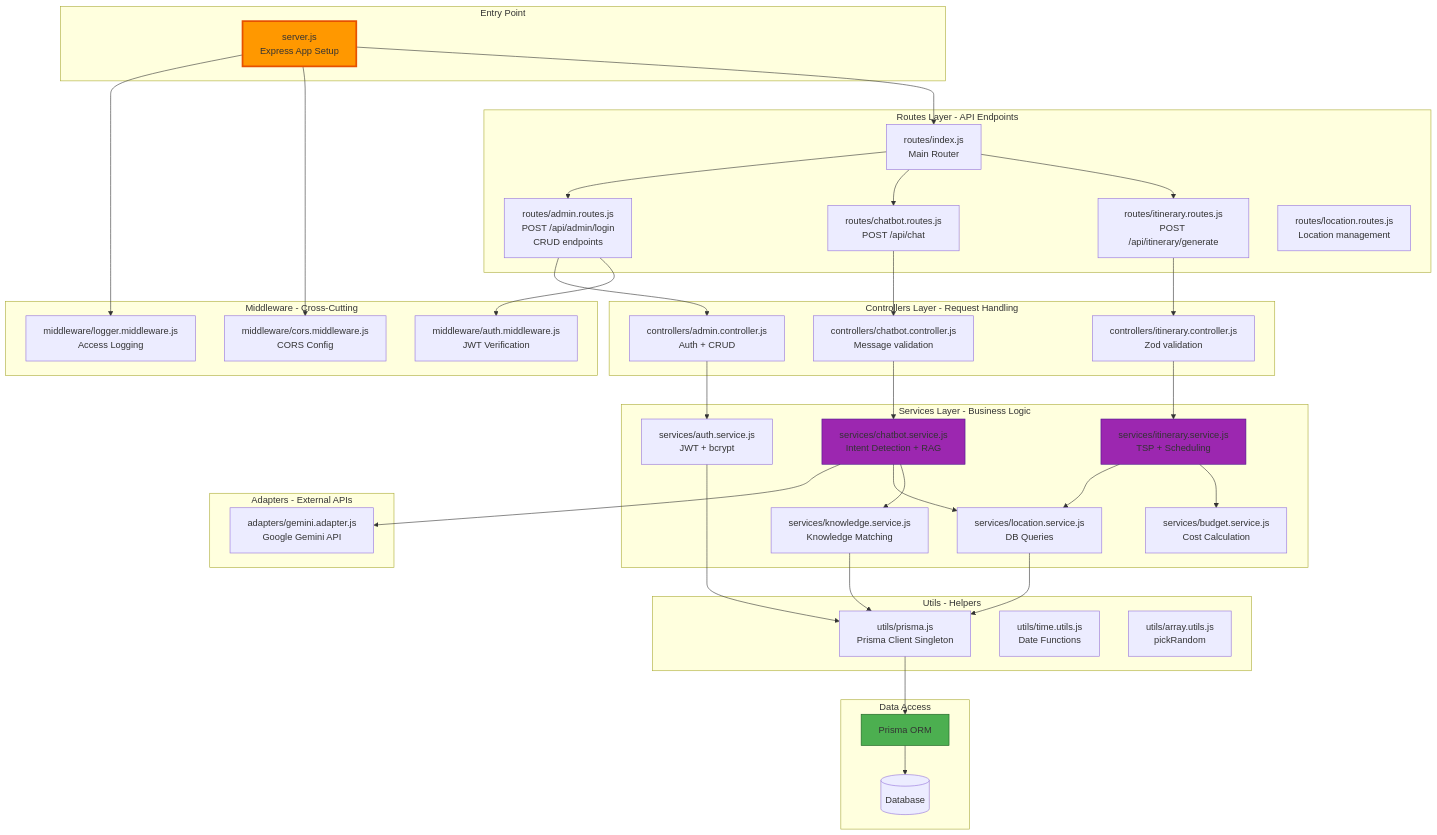
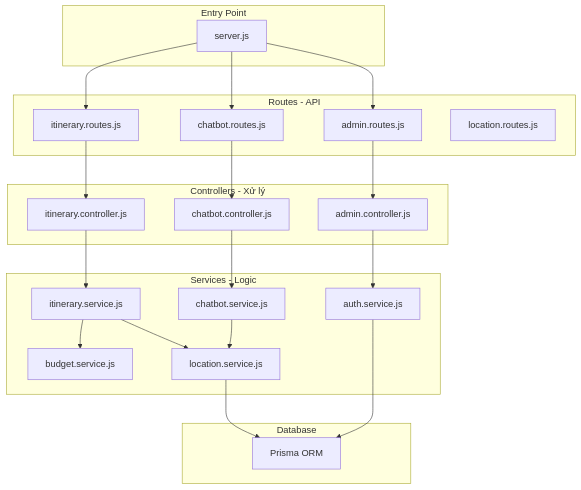
Before and after one commit to Doggie-H/Dana-Travel: the eighth of 14 diagrams in docs/ARCHITECTURE.md, drawn with Mermaid. The commit also changed other lines of this file and 2863 other files, not shown here.

Commit message:
docs: Add initial architecture documentation covering system overview, design principles, and detailed data flow diagrams.

````diff
--- a/docs/ARCHITECTURE.md
+++ b/docs/ARCHITECTURE.md
@@ -539,64 +407,40 @@
 ```mermaid
 graph TD
     subgraph "Entry Point"
-        SERVER[server.js<br/>Express App Setup]
+        SERVER[server.js]
     end
     
-    subgraph "Routes Layer - API Endpoints"
-        R_INDEX[routes/index.js<br/>Main Router]
-        R_ITINERARY[routes/itinerary.routes.js<br/>POST /api/itinerary/generate]
-        R_CHAT[routes/chatbot.routes.js<br/>POST /api/chat]
-        R_ADMIN[routes/admin.routes.js<br/>POST /api/admin/login<br/>CRUD endpoints]
-        R_LOCATION[routes/location.routes.js<br/>Location management]
+    subgraph "Routes - API"
+        R_ITINERARY[itinerary.routes.js]
+        R_CHAT[chatbot.routes.js]
+        R_ADMIN[admin.routes.js]
+        R_LOCATION[location.routes.js]
     end
     
-    subgraph "Controllers Layer - Request Handling"
-        C_ITINERARY[controllers/itinerary.controller.js<br/>Zod validation]
-        C_CHAT[controllers/chatbot.controller.js<br/>Message validation]
-        C_ADMIN[controllers/admin.controller.js<br/>Auth + CRUD]
+    subgraph "Controllers - Xử lý"
+        C_ITINERARY[itinerary.controller.js]
+        C_CHAT[chatbot.controller.js]
+        C_ADMIN[admin.controller.js]
     end
     
-    subgraph "Services Layer - Business Logic"
-        S_ITINERARY[services/itinerary.service.js<br/>TSP + Scheduling]
-        S_CHAT[services/chatbot.service.js<br/>Intent Detection + RAG]
-        S_BUDGET[services/budget.service.js<br/>Cost Calculation]
-        S_LOCATION[services/location.service.js<br/>DB Queries]
-        S_AUTH[services/auth.service.js<br/>JWT + bcrypt]
-        S_KNOWLEDGE[services/knowledge.service.js<br/>Knowledge Matching]
+    subgraph "Services - Logic"
+        S_ITINERARY[itinerary.service.js]
+        S_CHAT[chatbot.service.js]
+        S_BUDGET[budget.service.js]
+        S_LOCATION[location.service.js]
+        S_AUTH[auth.service.js]
     end
     
-    subgraph "Middleware - Cross-Cutting"
-        M_AUTH[middleware/auth.middleware.js<br/>JWT Verification]
-        M_LOGGER[middleware/logger.middleware.js<br/>Access Logging]
-        M_CORS[middleware/cors.middleware.js<br/>CORS Config]
+    subgraph "Database"
+        PRISMA[Prisma ORM]
     end
     
-    subgraph "Adapters - External APIs"
-        A_GEMINI[adapters/gemini.adapter.js<br/>Google Gemini API]
-    end
-    
-    subgraph "Utils - Helpers"
-        U_PRISMA[utils/prisma.js<br/>Prisma Client Singleton]
-        U_TIME[utils/time.utils.js<br/>Date Functions]
-        U_ARRAY[utils/array.utils.js<br/>pickRandom]
-    end
-    
-    subgraph "Data Access"
-        PRISMA[Prisma ORM]
-        DB[(Database)]
-    end
-    
-    SERVER --> R_INDEX
-    SERVER --> M_CORS
-    SERVER --> M_LOGGER
-    
-    R_INDEX --> R_ITINERARY
-    R_INDEX --> R_CHAT
-    R_INDEX --> R_ADMIN
+    SERVER --> R_ITINERARY
+    SERVER --> R_CHAT
+    SERVER --> R_ADMIN
     
     R_ITINERARY --> C_ITINERARY
     R_CHAT --> C_CHAT
-    R_ADMIN --> M_AUTH
     R_ADMIN --> C_ADMIN
     
     C_ITINERARY --> S_ITINERARY
@@ -605,19 +449,8 @@
     
     S_ITINERARY --> S_BUDGET
     S_ITINERARY --> S_LOCATION
-    S_CHAT --> S_KNOWLEDGE
     S_CHAT --> S_LOCATION
-    S_CHAT --> A_GEMINI
     
-    S_LOCATION --> U_PRISMA
-    S_KNOWLEDGE --> U_PRISMA
-    S_AUTH --> U_PRISMA
-    
-    U_PRISMA --> PRISMA
-    PRISMA --> DB
-    
-    style SERVER fill:#ff9800,stroke:#e65100,stroke-width:3px
-    style S_ITINERARY fill:#9c27b0,stroke:#4a148c
-    style S_CHAT fill:#9c27b0,stroke:#4a148c
-    style PRISMA fill:#4caf50,stroke:#1b5e20
+    S_LOCATION --> PRISMA
+    S_AUTH --> PRISMA
 ```
````
